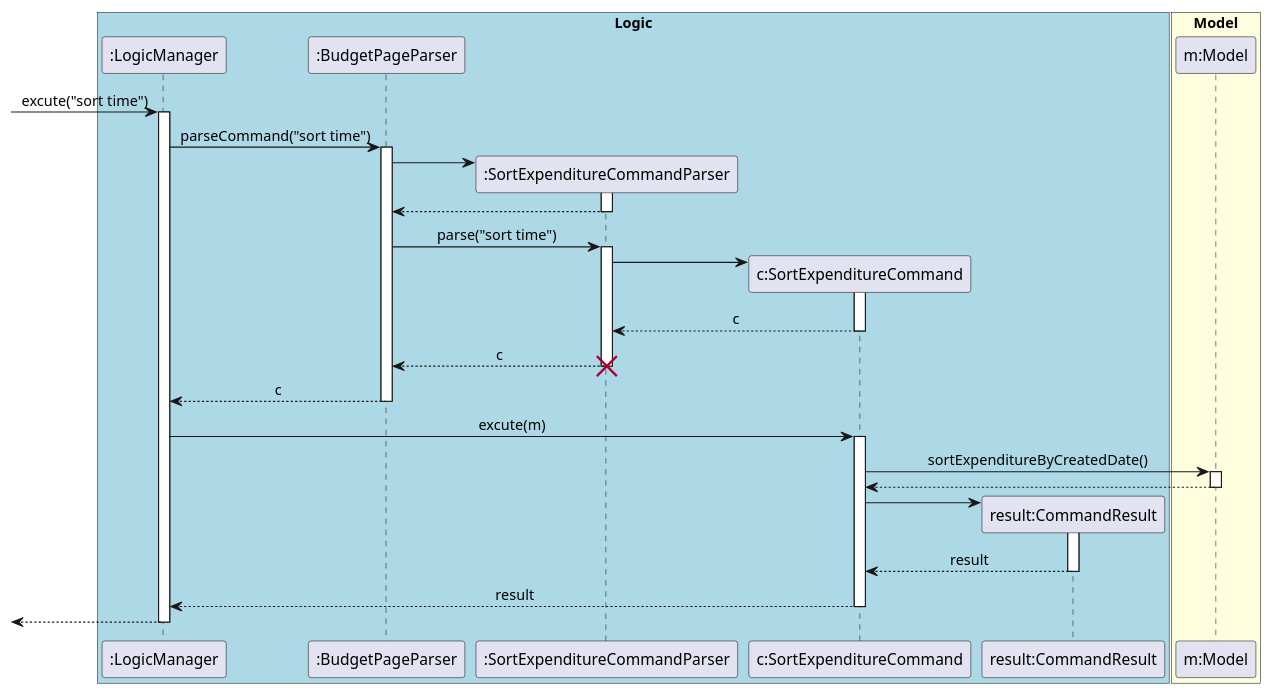
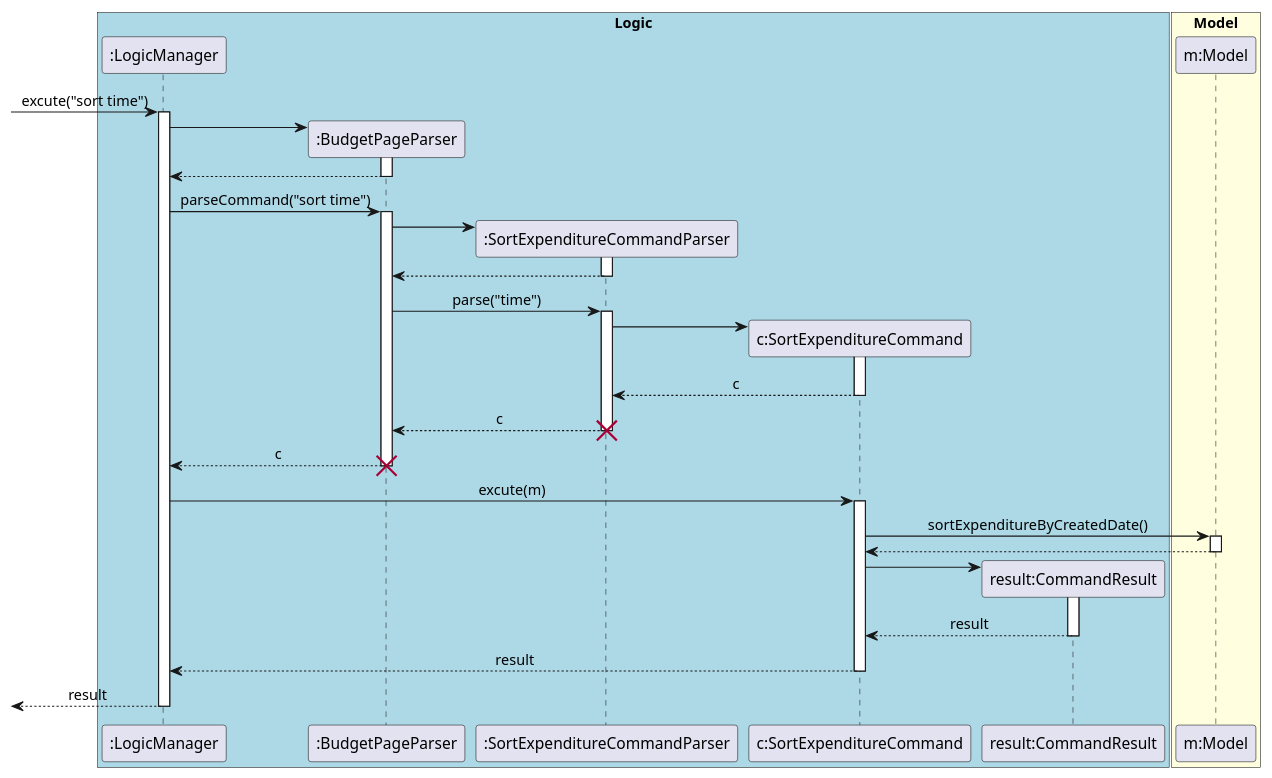
The diagram in docs/diagrams/commandsPlantUML/SortExpenditureCommand.puml (yu-ming-chen/tp), drawn with PlantUML before and after one commit. The commit also changed 12 other files, not shown here.

Commit message:
Edit sequence diagram in Dg

```diff
--- a/docs/diagrams/commandsPlantUML/SortExpenditureCommand.puml
+++ b/docs/diagrams/commandsPlantUML/SortExpenditureCommand.puml
@@ -1,62 +1,68 @@
 @startuml
 skinparam Sequence {
     MessageAlign center
 }
 box "Logic" #LightBlue
 participant ":LogicManager" as LM
 participant ":BudgetPageParser" as BPP
 participant ":SortExpenditureCommandParser" as SECP
 participant "c:SortExpenditureCommand" as SEC
 participant "result:CommandResult" as CR
 
 end box
 
 box "Model" #LightYellow
 participant "m:Model" as M
 end box
 
 [-> LM : excute("sort time")
 activate LM
+create BPP
+LM -> BPP
+activate BPP
+LM <-- BPP
+deactivate BPP
 LM -> BPP : parseCommand("sort time")
 activate BPP
 
 create SECP
 BPP -> SECP
 activate SECP
 BPP <-- SECP
 deactivate SECP
-BPP -> SECP : parse("sort time")
+BPP -> SECP : parse("time")
 activate SECP
 
 create SEC
 SECP -> SEC
 activate SEC
 SECP <-- SEC : c
 deactivate SEC
 BPP <-- SECP : c
 destroy SECP
 
 deactivate SECP
 LM <-- BPP : c
 deactivate BPP
+destroy BPP
 
 
 LM -> SEC: excute(m)
 activate SEC
 SEC -> M : sortExpenditureByCreatedDate()
 activate M
 SEC <-- M
 deactivate M
 
 create CR
 SEC -> CR
 activate CR
 SEC <-- CR : result
 deactivate CR
 
 LM <-- SEC: result
 deactivate SEC
-[<-- LM
+[<-- LM: result
 deactivate LM
 
 @enduml
```
